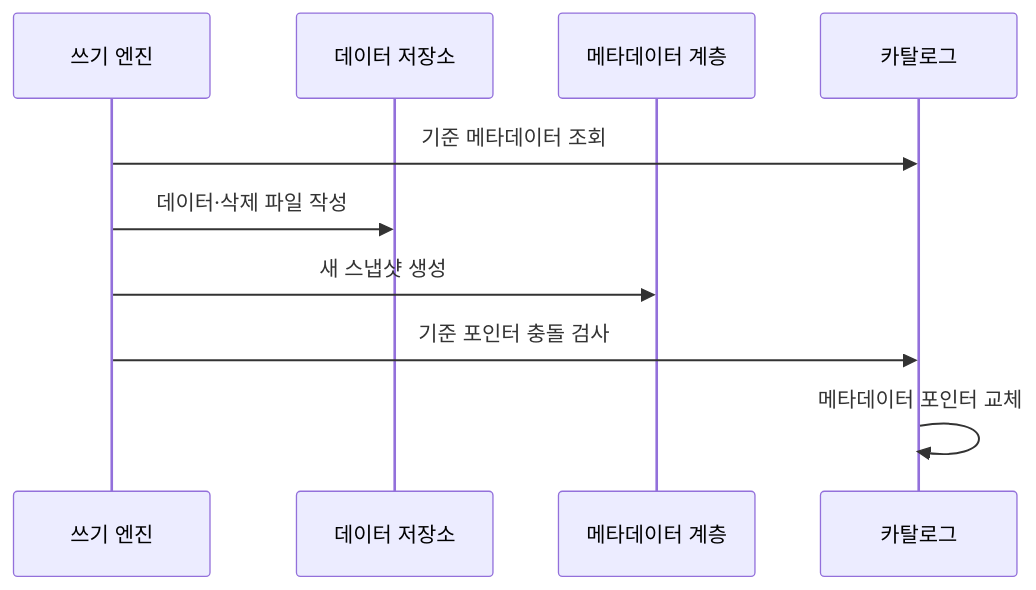
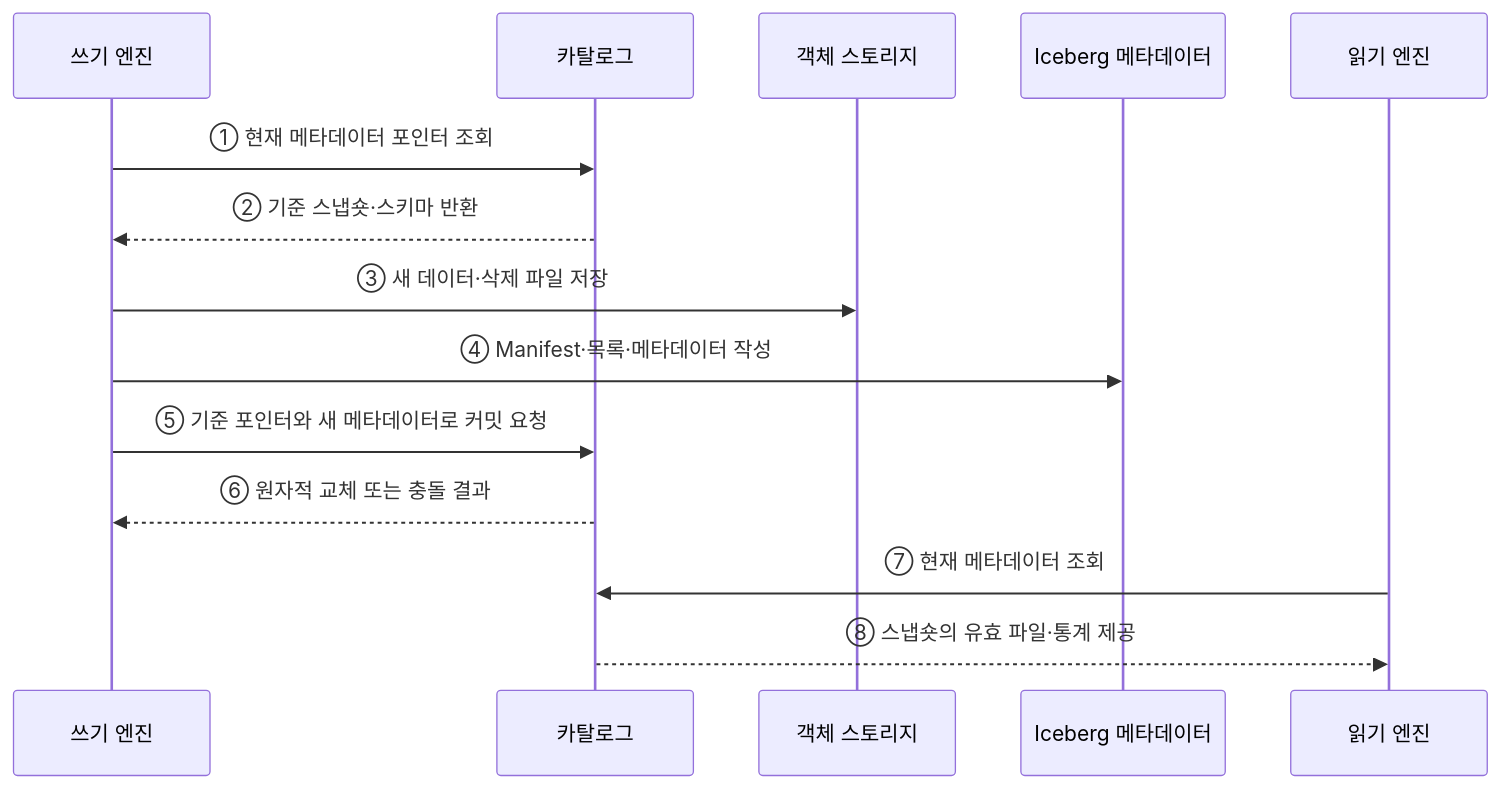
The second of 2 diagrams in src/content/docs/notes/03-software/128_apache_iceberg.md (agnusdei1207/knowledge-base), drawn with Mermaid before and after one commit. The commit also changed other lines of this file and 20 other files, not shown here.

````diff
--- a/src/content/docs/notes/03-software/128_apache_iceberg.md
+++ b/src/content/docs/notes/03-software/128_apache_iceberg.md
@@ -79,12 +71,16 @@
 ```mermaid
 sequenceDiagram
     participant W as 쓰기 엔진
-    participant D as 데이터 저장소
-    participant M as 메타데이터 계층
     participant C as 카탈로그
-    W->>C: 기준 메타데이터 조회
-    W->>D: 데이터·삭제 파일 작성
-    W->>M: 새 스냅샷 생성
-    W->>C: 기준 포인터 충돌 검사
-    C->>C: 메타데이터 포인터 교체
+    participant D as 객체 스토리지
+    participant M as Iceberg 메타데이터
+    participant R as 읽기 엔진
+    W->>C: ① 현재 메타데이터 포인터 조회
+    C-->>W: ② 기준 스냅숏·스키마 반환
+    W->>D: ③ 새 데이터·삭제 파일 저장
+    W->>M: ④ Manifest·목록·메타데이터 작성
+    W->>C: ⑤ 기준 포인터와 새 메타데이터로 커밋 요청
+    C-->>W: ⑥ 원자적 교체 또는 충돌 결과
+    R->>C: ⑦ 현재 메타데이터 조회
+    C-->>R: ⑧ 스냅숏의 유효 파일·통계 제공
 ```
````
